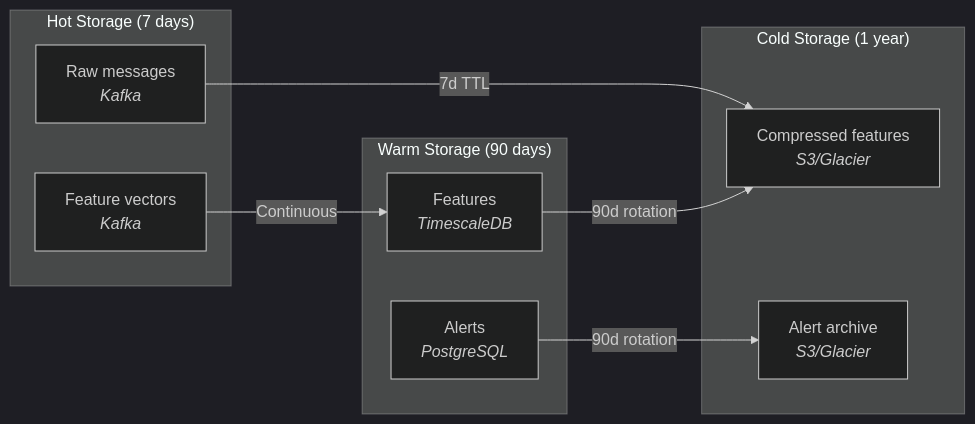
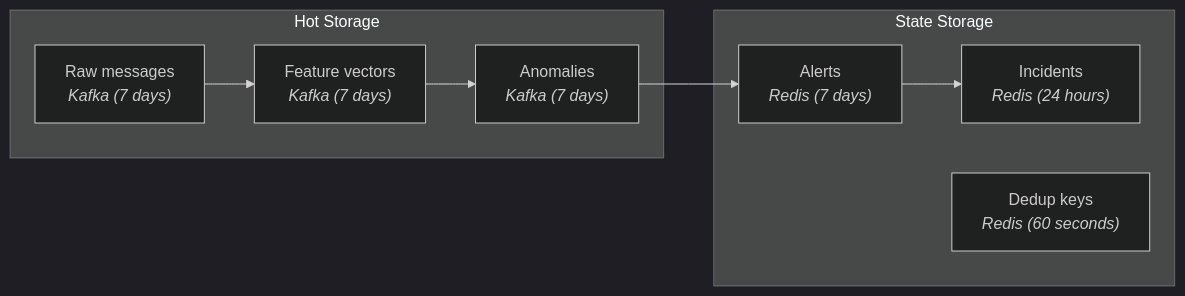
One commit to caverac/ics-anomaly-detection changed the tenth of 11 diagrams in packages/docs/docs/architecture/data-flow.md. Above: the diagram before and after it, drawn with Mermaid (dark theme). The commit also changed other lines of this file and 35 other files, not shown here.

````diff
--- a/packages/docs/docs/architecture/data-flow.md
+++ b/packages/docs/docs/architecture/data-flow.md
@@ -330,22 +321,19 @@
 ```mermaid
 flowchart LR
-    subgraph Hot["Hot Storage (7 days)"]
-        R1["Raw messages<br/><i>Kafka</i>"]
-        F1["Feature vectors<br/><i>Kafka</i>"]
+    subgraph Hot["Hot Storage"]
+        R1["Raw messages<br/><i>Kafka (7 days)</i>"]
+        F1["Feature vectors<br/><i>Kafka (7 days)</i>"]
+        A1["Anomalies<br/><i>Kafka (7 days)</i>"]
     end
 
-    subgraph Warm["Warm Storage (90 days)"]
-        F2["Features<br/><i>TimescaleDB</i>"]
-        A1["Alerts<br/><i>PostgreSQL</i>"]
+    subgraph State["State Storage"]
+        I1["Incidents<br/><i>Redis (24 hours)</i>"]
+        AL1["Alerts<br/><i>Redis (7 days)</i>"]
+        D1["Dedup keys<br/><i>Redis (60 seconds)</i>"]
     end
 
-    subgraph Cold["Cold Storage (1 year)"]
-        F3["Compressed features<br/><i>S3/Glacier</i>"]
-        A2["Alert archive<br/><i>S3/Glacier</i>"]
-    end
-
-    R1 -->|"7d TTL"| F3
-    F1 -->|"Continuous"| F2
-    F2 -->|"90d rotation"| F3
-    A1 -->|"90d rotation"| A2
+    R1 --> F1
+    F1 --> A1
+    A1 --> AL1
+    AL1 --> I1
 ```
````
